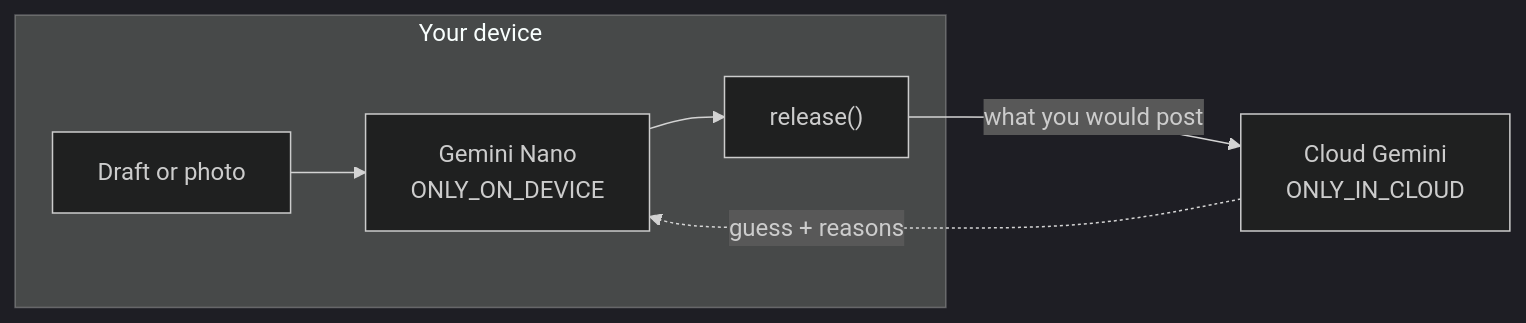
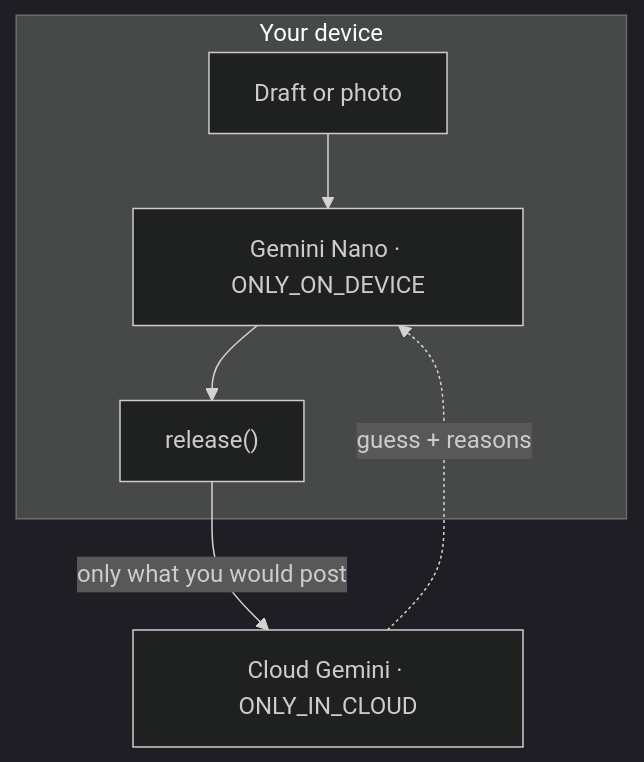
One commit to Ruby570bocadito/throwaway changed the diagram in README.md. Above: the diagram before and after it, drawn with Mermaid (dark theme).

Commit message:
Draw the README diagram top to bottom, clear of GitHub's zoom buttons

````diff
--- a/README.md
+++ b/README.md
@@ -44,8 +44,8 @@
 ```mermaid
-flowchart LR
+flowchart TB
   subgraph device["Your device"]
-    secret["Draft or photo"] --> nano["Gemini Nano<br/>ONLY_ON_DEVICE"] --> out["release()"]
+    secret["Draft or photo"] --> nano["Gemini Nano · ONLY_ON_DEVICE"] --> out["release()"]
   end
-  out -->|"what you would post"| attacker["Cloud Gemini<br/>ONLY_IN_CLOUD"]
+  out -->|"only what you would post"| attacker["Cloud Gemini · ONLY_IN_CLOUD"]
   attacker -.->|"guess + reasons"| nano
 ```
````
